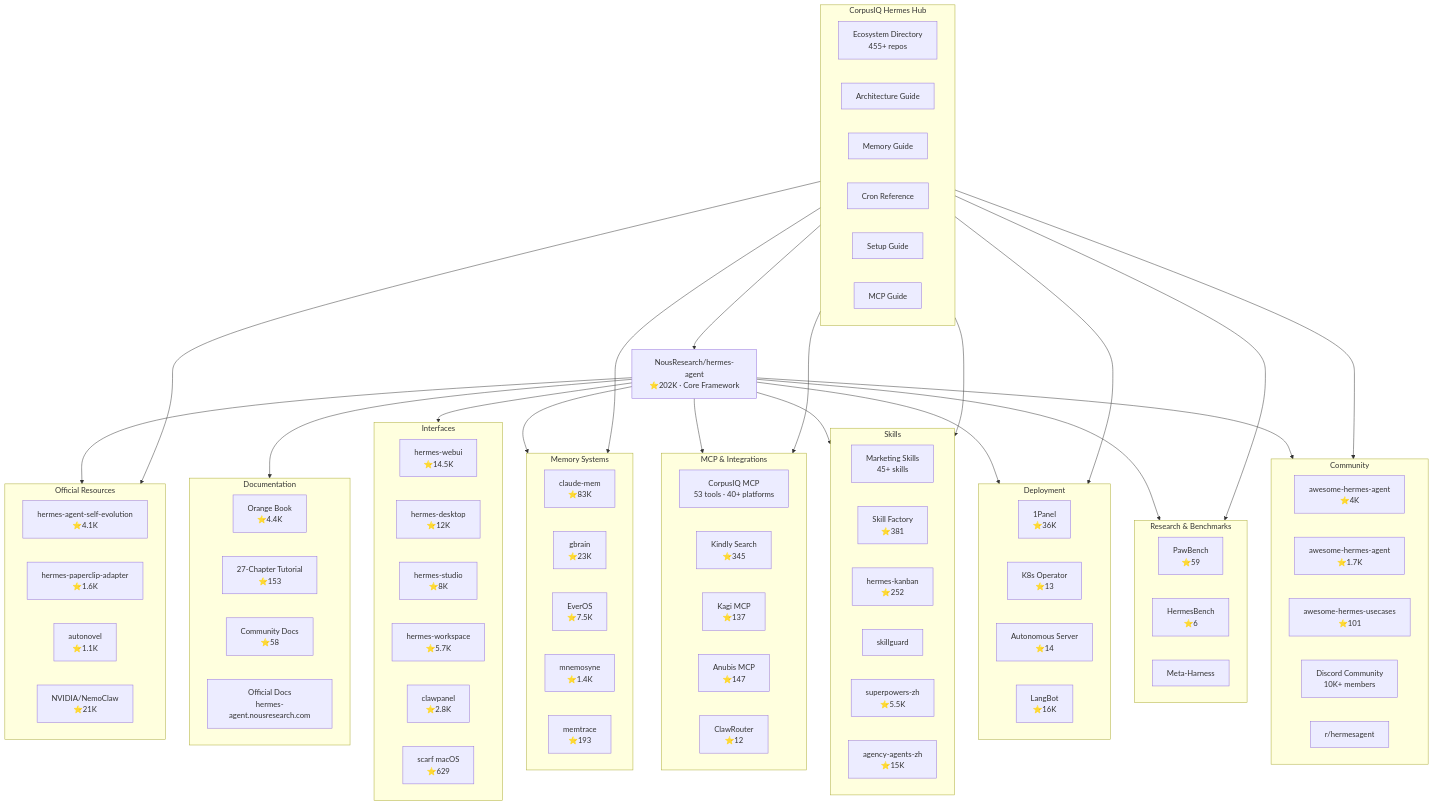
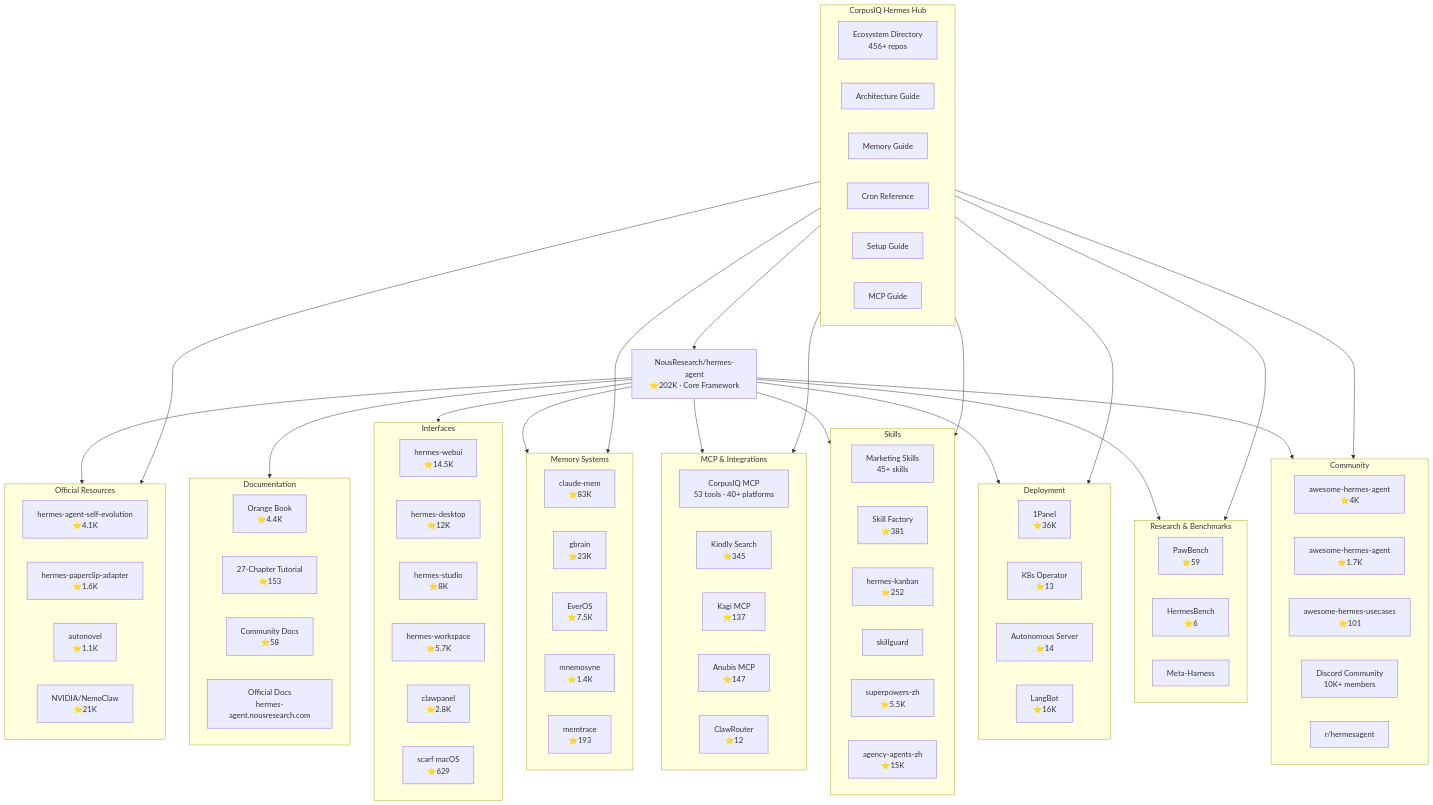
Before and after one commit to CorpusIQ/corpusiq-docs: the first of 4 diagrams in hermes/ecosystem-map.md, drawn with Mermaid. The commit also changed other lines of this file and 34 other files, not shown here.

First line of the commit message:
chore(stamps): reconcile ecosystem count stamps to the directory (455+ -> 456+, 214 -> 215)

```diff
--- a/hermes/ecosystem-map.md
+++ b/hermes/ecosystem-map.md
@@ -88,7 +88,7 @@
     end
 
     subgraph CORPUSIQ_HUB[CorpusIQ Hermes Hub]
-        ECOSYSTEM[Ecosystem Directory<br/>455+ repos]
+        ECOSYSTEM[Ecosystem Directory<br/>456+ repos]
         ARCHITECTURE[Architecture Guide]
         KNOWLEDGE[Memory Guide]
         CRONS[Cron Reference]
```
